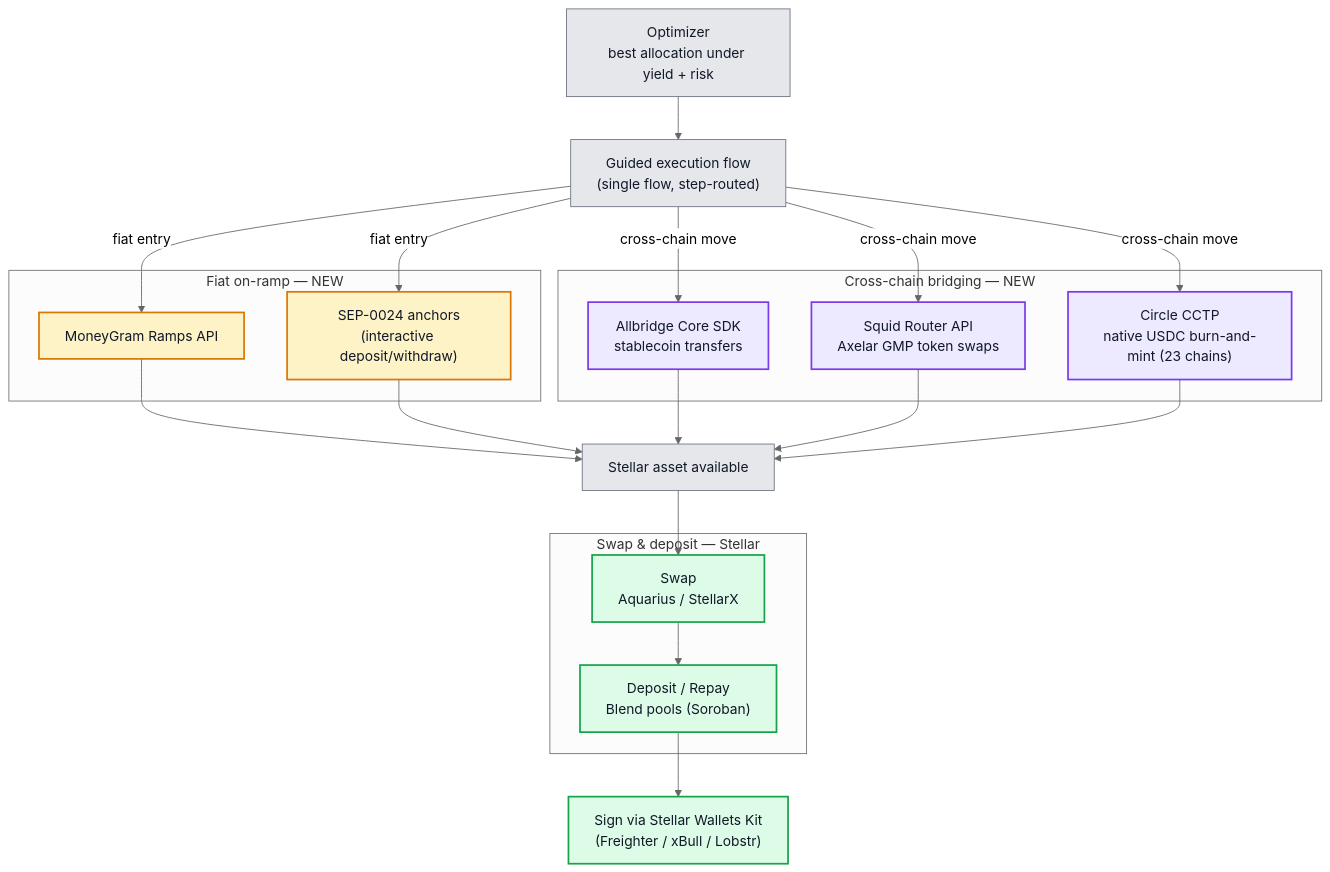
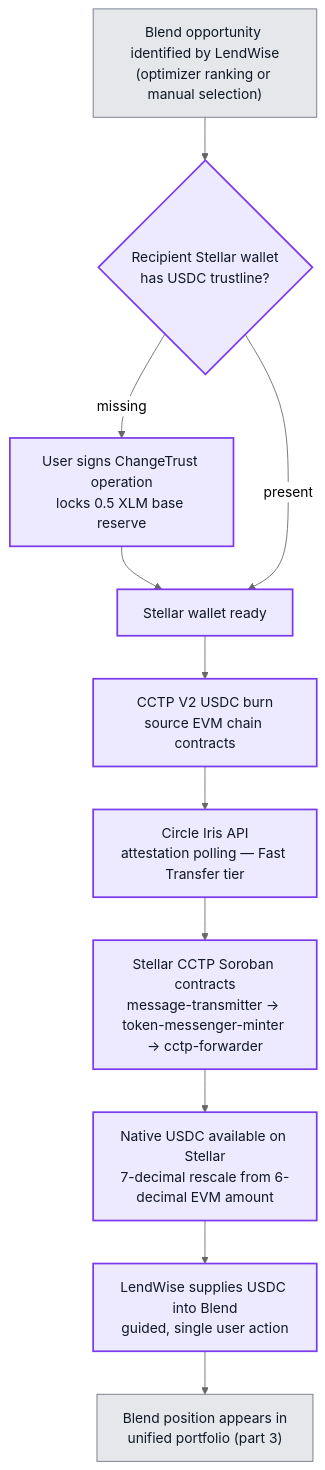
The fourth of 6 diagrams in docs/architecture-stellar-integration.md (cedricmagne/lendwise), drawn with Mermaid (neutral theme) before and after one commit. The commit also changed other lines of this file and 1 other file, not shown here.

Commit message:
chore: update architecture stellar & bland diagram

````diff
--- a/docs/architecture-stellar-integration.md
+++ b/docs/architecture-stellar-integration.md
@@ -165,44 +220,21 @@
 ```mermaid
 flowchart TD
-    Optimizer["Optimizer<br/>best allocation under yield + risk"] --> Plan["Guided execution flow<br/>(single flow, step-routed)"]
+    Opportunity["Blend opportunity identified by LendWise<br/>(optimizer ranking or manual selection)"] --> TrustlineCheck{"Recipient Stellar wallet<br/>has USDC trustline?"}
 
-    subgraph OnRamp["Fiat on-ramp — NEW"]
-        MoneyGram["MoneyGram Ramps API"]
-        SEP24["SEP-0024 anchors<br/>(interactive deposit/withdraw)"]
-    end
+    TrustlineCheck -->|"missing"| ChangeTrust["User signs ChangeTrust operation<br/>locks 0.5 XLM base reserve"]
+    ChangeTrust --> Ready["Stellar wallet ready"]
+    TrustlineCheck -->|"present"| Ready
 
-    subgraph Bridge["Cross-chain bridging — NEW"]
-        Allbridge["Allbridge Core SDK<br/>stablecoin transfers"]
-        Squid["Squid Router API<br/>Axelar GMP token swaps"]
-        CCTP["Circle CCTP<br/>native USDC burn-and-mint (23 chains)"]
-    end
-
-    subgraph SwapDeposit["Swap & deposit — Stellar"]
-        Swap["Swap<br/>Aquarius / StellarX"]
-        Deposit["Deposit / Repay<br/>Blend pools (Soroban)"]
-    end
-
-    Plan -->|"fiat entry"| MoneyGram
-    Plan -->|"fiat entry"| SEP24
-    Plan -->|"cross-chain move"| Allbridge
-    Plan -->|"cross-chain move"| Squid
-    Plan -->|"cross-chain move"| CCTP
-
-    MoneyGram --> Funds["Stellar asset available"]
-    SEP24 --> Funds
-    Allbridge --> Funds
-    Squid --> Funds
-    CCTP --> Funds
-
-    Funds --> Swap --> Deposit
-    Deposit --> Sign["Sign via Stellar Wallets Kit<br/>(Freighter / xBull / Lobstr)"]
+    Ready --> Burn["CCTP V2 USDC burn<br/>source EVM chain contracts"]
+    Burn --> Iris["Circle Iris API<br/>attestation polling — Fast Transfer tier"]
+    Iris --> StellarMint["Stellar CCTP Soroban contracts<br/>message-transmitter → token-messenger-minter → cctp-forwarder"]
+    StellarMint --> NativeUSDC["Native USDC available on Stellar<br/>7-decimal rescale from 6-decimal EVM amount"]
+    NativeUSDC --> BlendSupply["LendWise supplies USDC into Blend<br/>guided, single user action"]
+    BlendSupply --> PortfolioUpdate["Blend position appears in<br/>unified portfolio (part 3)"]
 
     classDef core fill:#e5e7eb,stroke:#6b7280,color:#111827;
-    classDef stellar fill:#dcfce7,stroke:#16a34a,color:#111827,stroke-width:2px;
     classDef bridge fill:#ede9fe,stroke:#7c3aed,color:#111827,stroke-width:2px;
-    classDef onramp fill:#fef3c7,stroke:#d97706,color:#111827,stroke-width:2px;
-    class Optimizer,Plan,Funds core;
-    class Swap,Deposit,Sign stellar;
-    class Allbridge,Squid,CCTP bridge;
-    class MoneyGram,SEP24 onramp;
+
+    class Opportunity,PortfolioUpdate core;
+    class TrustlineCheck,ChangeTrust,Ready,Burn,Iris,StellarMint,NativeUSDC,BlendSupply bridge;
 ```
````
